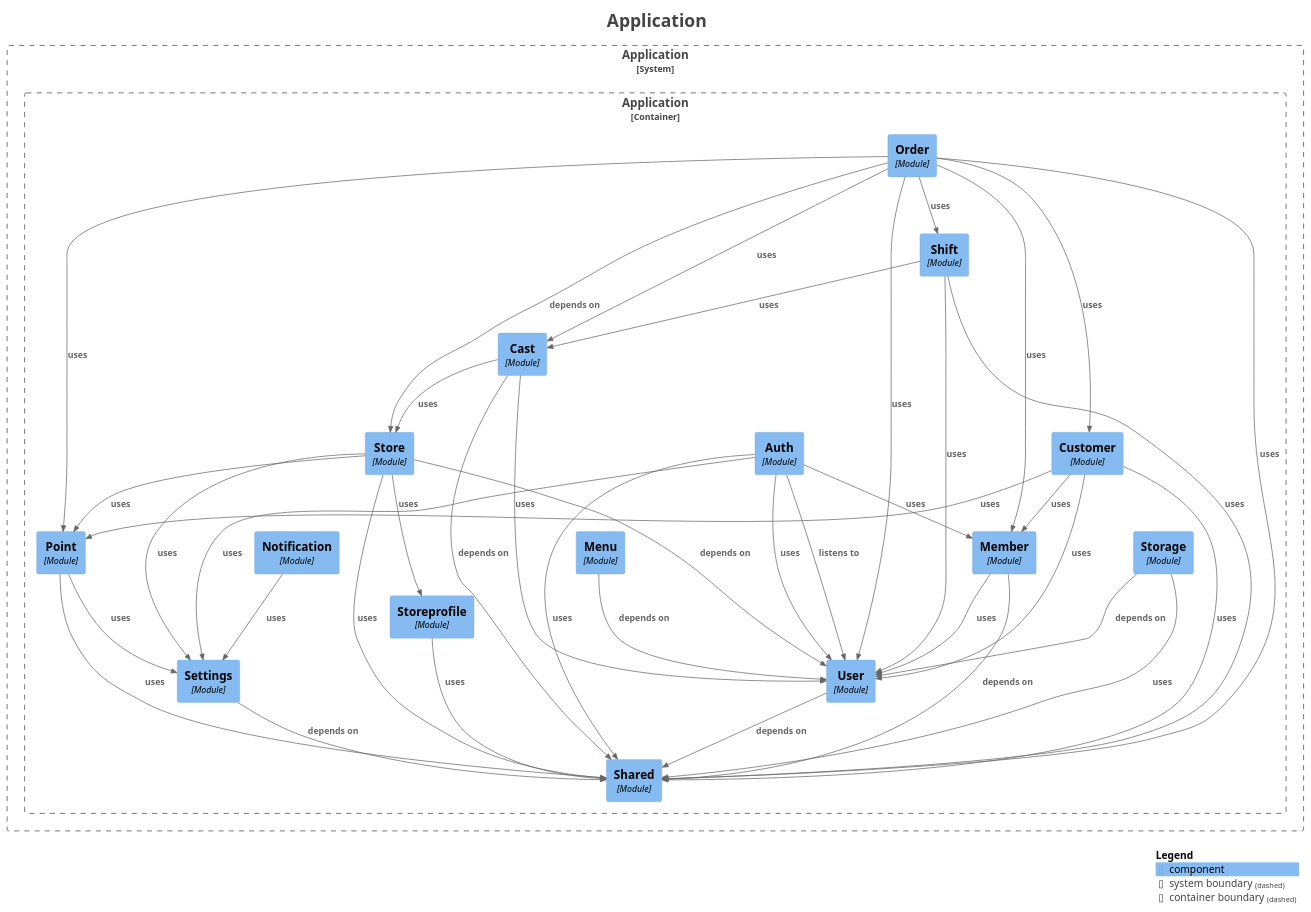
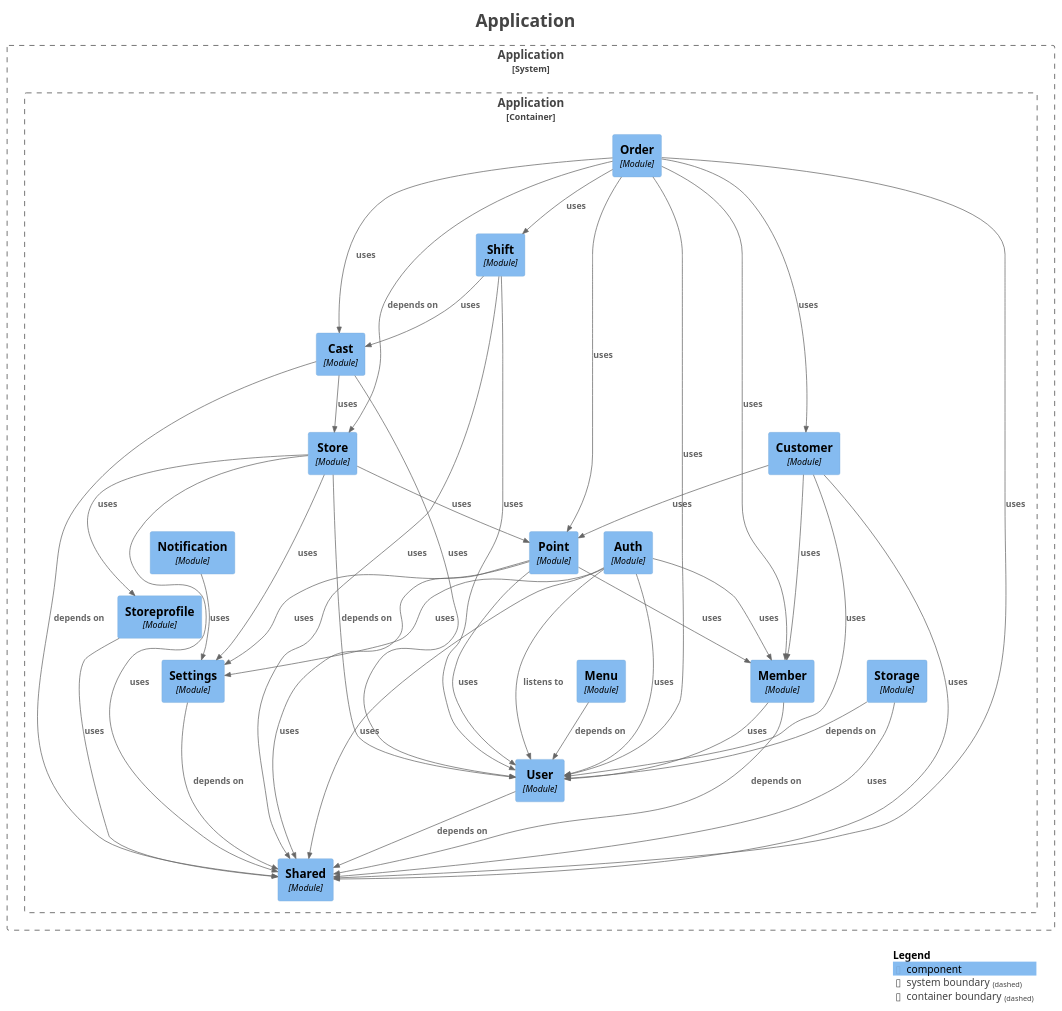
The diagram in backend/docs/modulith/components.puml (kanghouchao/Kizuna), drawn with PlantUML before and after one commit. The commit also changed 18 other files, not shown here.

```diff
--- a/backend/docs/modulith/components.puml
+++ b/backend/docs/modulith/components.puml
@@ -1,81 +1,83 @@
 @startuml
 title <size:24>Application</size>
 
 set separator none
 top to bottom direction
 
 <style>
   root {
     BackgroundColor: #ffffff
     FontColor: #444444
   }
 </style>
 
 !include <C4/C4>
 !include <C4/C4_Context>
 !include <C4/C4_Component>
 
 System_Boundary("Application_boundary", "Application", $tags="") {
   Container_Boundary("Application.Application_boundary", "Application", $tags="") {
-    Component(Application.Application.Point, "Point", $techn="Module", $descr="", $tags="", $link="")
     Component(Application.Application.Storage, "Storage", $techn="Module", $descr="", $tags="", $link="")
     Component(Application.Application.Auth, "Auth", $techn="Module", $descr="", $tags="", $link="")
+    Component(Application.Application.Point, "Point", $techn="Module", $descr="", $tags="", $link="")
     Component(Application.Application.Customer, "Customer", $techn="Module", $descr="", $tags="", $link="")
     Component(Application.Application.Store, "Store", $techn="Module", $descr="", $tags="", $link="")
     Component(Application.Application.Cast, "Cast", $techn="Module", $descr="", $tags="", $link="")
     Component(Application.Application.Shift, "Shift", $techn="Module", $descr="", $tags="", $link="")
     Component(Application.Application.Order, "Order", $techn="Module", $descr="", $tags="", $link="")
     Component(Application.Application.Shared, "Shared", $techn="Module", $descr="", $tags="", $link="")
     Component(Application.Application.Settings, "Settings", $techn="Module", $descr="", $tags="", $link="")
     Component(Application.Application.Storeprofile, "Storeprofile", $techn="Module", $descr="", $tags="", $link="")
     Component(Application.Application.User, "User", $techn="Module", $descr="", $tags="", $link="")
     Component(Application.Application.Member, "Member", $techn="Module", $descr="", $tags="", $link="")
     Component(Application.Application.Menu, "Menu", $techn="Module", $descr="", $tags="", $link="")
     Component(Application.Application.Notification, "Notification", $techn="Module", $descr="", $tags="", $link="")
   }
 
 }
 
-Rel(Application.Application.Point, Application.Application.Settings, "uses", $techn="", $tags="", $link="")
-Rel(Application.Application.Point, Application.Application.Shared, "uses", $techn="", $tags="", $link="")
 Rel(Application.Application.Menu, Application.Application.User, "depends on", $techn="", $tags="", $link="")
-Rel(Application.Application.Customer, Application.Application.Member, "uses", $techn="", $tags="", $link="")
-Rel(Application.Application.Customer, Application.Application.User, "uses", $techn="", $tags="", $link="")
-Rel(Application.Application.Customer, Application.Application.Point, "uses", $techn="", $tags="", $link="")
-Rel(Application.Application.Customer, Application.Application.Shared, "uses", $techn="", $tags="", $link="")
 Rel(Application.Application.Store, Application.Application.User, "depends on", $techn="", $tags="", $link="")
 Rel(Application.Application.Store, Application.Application.Storeprofile, "uses", $techn="", $tags="", $link="")
 Rel(Application.Application.Store, Application.Application.Point, "uses", $techn="", $tags="", $link="")
 Rel(Application.Application.Store, Application.Application.Settings, "uses", $techn="", $tags="", $link="")
 Rel(Application.Application.Store, Application.Application.Shared, "uses", $techn="", $tags="", $link="")
+Rel(Application.Application.Storage, Application.Application.User, "depends on", $techn="", $tags="", $link="")
+Rel(Application.Application.Storage, Application.Application.Shared, "uses", $techn="", $tags="", $link="")
+Rel(Application.Application.Storeprofile, Application.Application.Shared, "uses", $techn="", $tags="", $link="")
+Rel(Application.Application.User, Application.Application.Shared, "depends on", $techn="", $tags="", $link="")
 Rel(Application.Application.Shift, Application.Application.User, "uses", $techn="", $tags="", $link="")
 Rel(Application.Application.Shift, Application.Application.Cast, "uses", $techn="", $tags="", $link="")
 Rel(Application.Application.Shift, Application.Application.Shared, "uses", $techn="", $tags="", $link="")
-Rel(Application.Application.User, Application.Application.Shared, "depends on", $techn="", $tags="", $link="")
 Rel(Application.Application.Notification, Application.Application.Settings, "uses", $techn="", $tags="", $link="")
-Rel(Application.Application.Member, Application.Application.Shared, "depends on", $techn="", $tags="", $link="")
-Rel(Application.Application.Member, Application.Application.User, "uses", $techn="", $tags="", $link="")
+Rel(Application.Application.Cast, Application.Application.Shared, "depends on", $techn="", $tags="", $link="")
+Rel(Application.Application.Cast, Application.Application.User, "uses", $techn="", $tags="", $link="")
+Rel(Application.Application.Cast, Application.Application.Store, "uses", $techn="", $tags="", $link="")
 Rel(Application.Application.Settings, Application.Application.Shared, "depends on", $techn="", $tags="", $link="")
-Rel(Application.Application.Auth, Application.Application.User, "listens to", $techn="", $tags="", $link="")
-Rel(Application.Application.Auth, Application.Application.User, "uses", $techn="", $tags="", $link="")
-Rel(Application.Application.Auth, Application.Application.Member, "uses", $techn="", $tags="", $link="")
-Rel(Application.Application.Auth, Application.Application.Shared, "uses", $techn="", $tags="", $link="")
-Rel(Application.Application.Auth, Application.Application.Settings, "uses", $techn="", $tags="", $link="")
 Rel(Application.Application.Order, Application.Application.Store, "depends on", $techn="", $tags="", $link="")
 Rel(Application.Application.Order, Application.Application.Customer, "uses", $techn="", $tags="", $link="")
 Rel(Application.Application.Order, Application.Application.User, "uses", $techn="", $tags="", $link="")
 Rel(Application.Application.Order, Application.Application.Member, "uses", $techn="", $tags="", $link="")
 Rel(Application.Application.Order, Application.Application.Shift, "uses", $techn="", $tags="", $link="")
 Rel(Application.Application.Order, Application.Application.Shared, "uses", $techn="", $tags="", $link="")
 Rel(Application.Application.Order, Application.Application.Cast, "uses", $techn="", $tags="", $link="")
 Rel(Application.Application.Order, Application.Application.Point, "uses", $techn="", $tags="", $link="")
-Rel(Application.Application.Storage, Application.Application.User, "depends on", $techn="", $tags="", $link="")
-Rel(Application.Application.Storage, Application.Application.Shared, "uses", $techn="", $tags="", $link="")
-Rel(Application.Application.Cast, Application.Application.Shared, "depends on", $techn="", $tags="", $link="")
-Rel(Application.Application.Cast, Application.Application.User, "uses", $techn="", $tags="", $link="")
-Rel(Application.Application.Cast, Application.Application.Store, "uses", $techn="", $tags="", $link="")
-Rel(Application.Application.Storeprofile, Application.Application.Shared, "uses", $techn="", $tags="", $link="")
+Rel(Application.Application.Member, Application.Application.Shared, "depends on", $techn="", $tags="", $link="")
+Rel(Application.Application.Member, Application.Application.User, "uses", $techn="", $tags="", $link="")
+Rel(Application.Application.Point, Application.Application.User, "uses", $techn="", $tags="", $link="")
+Rel(Application.Application.Point, Application.Application.Member, "uses", $techn="", $tags="", $link="")
+Rel(Application.Application.Point, Application.Application.Shared, "uses", $techn="", $tags="", $link="")
+Rel(Application.Application.Point, Application.Application.Settings, "uses", $techn="", $tags="", $link="")
+Rel(Application.Application.Customer, Application.Application.Member, "uses", $techn="", $tags="", $link="")
+Rel(Application.Application.Customer, Application.Application.User, "uses", $techn="", $tags="", $link="")
+Rel(Application.Application.Customer, Application.Application.Point, "uses", $techn="", $tags="", $link="")
+Rel(Application.Application.Customer, Application.Application.Shared, "uses", $techn="", $tags="", $link="")
+Rel(Application.Application.Auth, Application.Application.User, "listens to", $techn="", $tags="", $link="")
+Rel(Application.Application.Auth, Application.Application.User, "uses", $techn="", $tags="", $link="")
+Rel(Application.Application.Auth, Application.Application.Member, "uses", $techn="", $tags="", $link="")
+Rel(Application.Application.Auth, Application.Application.Shared, "uses", $techn="", $tags="", $link="")
+Rel(Application.Application.Auth, Application.Application.Settings, "uses", $techn="", $tags="", $link="")
 
 SHOW_LEGEND(true)
 hide stereotypes
 @enduml
```
